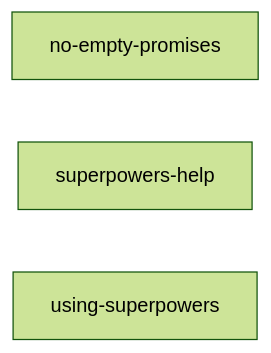
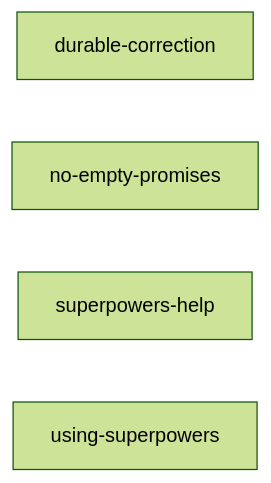
The ninth of 27 diagrams in docs/skill-dependency-graph.md (bordenet/superpowers-plus), drawn with Mermaid (forest theme) before and after one commit. The commit also changed other lines of this file and 16 other files, not shown here.

Commit message:
feat: add durable correction redirect

````diff
--- a/docs/skill-dependency-graph.md
+++ b/docs/skill-dependency-graph.md
@@ -190,6 +190,7 @@
 ```mermaid
 flowchart LR
+  durable_correction["durable-correction"]
   no_empty_promises["no-empty-promises"]
   superpowers_help["superpowers-help"]
   using_superpowers["using-superpowers"]
 ```
````
